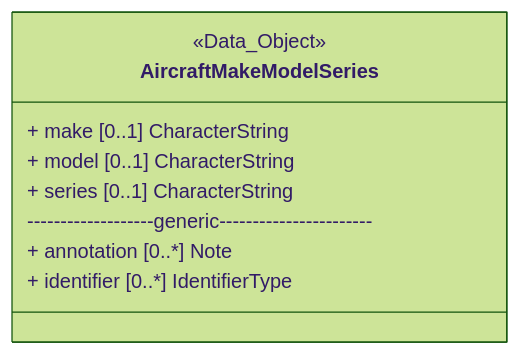
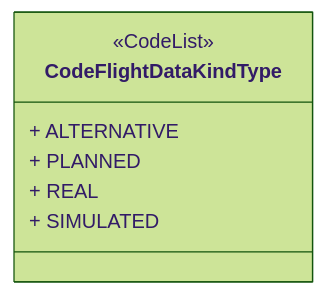
One commit to hlepori/testAIRM changed diagram 13 of 55 in README.md. Above: the diagram before and after it, drawn with Mermaid (forest theme). The commit also changed other lines of this file, not shown here.

````diff
--- a/README.md
+++ b/README.md
@@ -342,12 +400,10 @@
 ```mermaid	
 classDiagram	
-class AircraftMakeModelSeries	
-<<Data_Object>> AircraftMakeModelSeries	
-link AircraftMakeModelSeries "https://airm.aero/developers/advanced-search/1.0.0/AircraftMakeModelSeries?model=LogicalModel" "Go to definition"	
-AircraftMakeModelSeries : + make [0..1] CharacterString	
-AircraftMakeModelSeries : + model [0..1] CharacterString	
-AircraftMakeModelSeries : + series [0..1] CharacterString	
-AircraftMakeModelSeries: -------------------generic-----------------------	
-AircraftMakeModelSeries : + annotation [0..*] Note	
-AircraftMakeModelSeries : + identifier [0..*] IdentifierType	
+class CodeFlightDataKindType	
+<<CodeList>> CodeFlightDataKindType	
+link CodeFlightDataKindType "https://airm.aero/developers/advanced-search/1.0.0/CodeFlightDataKindType?model=LogicalModel" "Go to definition"	
+CodeFlightDataKindType : + ALTERNATIVE	
+CodeFlightDataKindType : + PLANNED	
+CodeFlightDataKindType : + REAL	
+CodeFlightDataKindType : + SIMULATED	
 ```	
````
